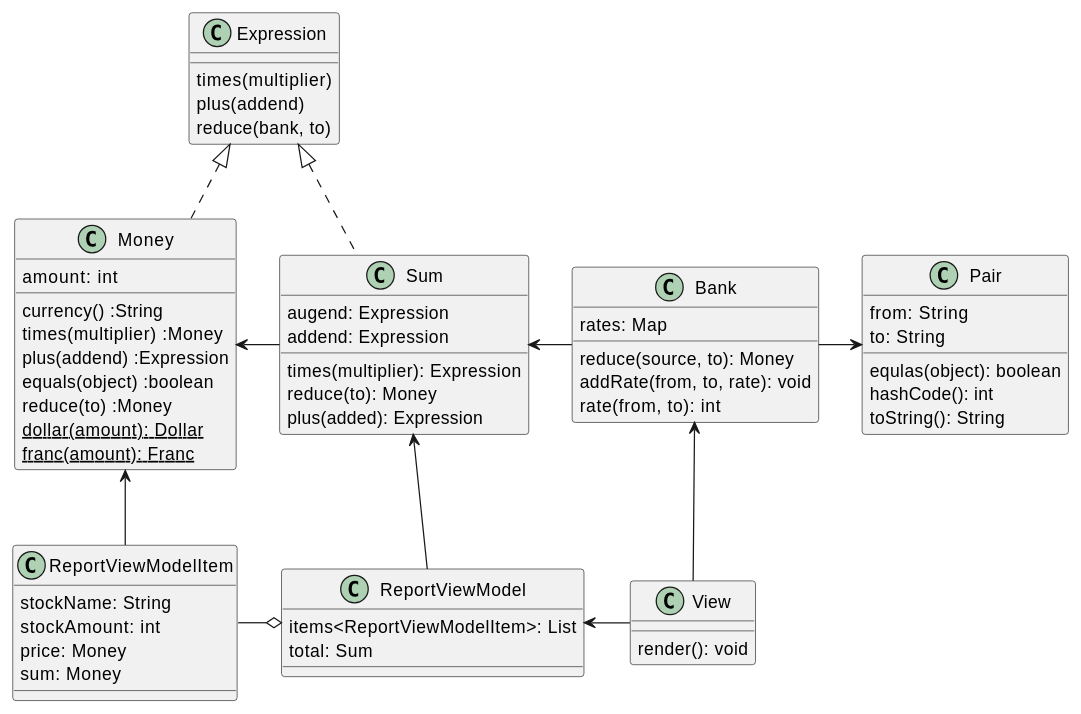
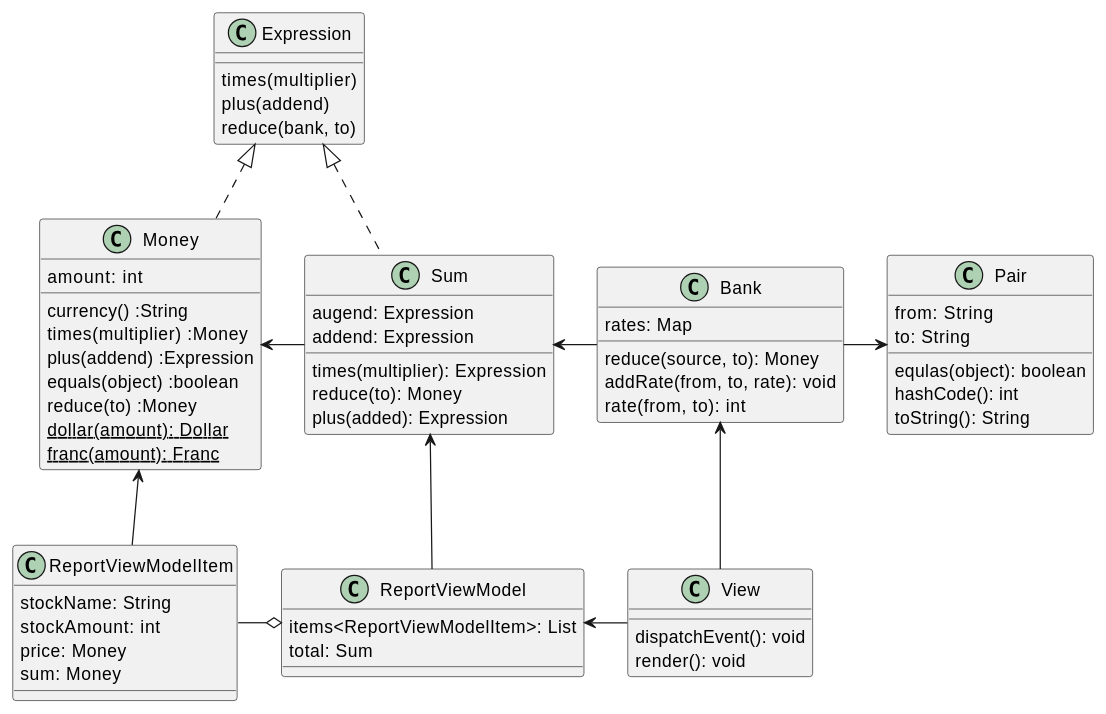
Before and after one commit to hiroshima-arc/pragmatic_programing: the diagram in docs/src/spec/the_money_example.adoc, drawn with PlantUML. The commit also changed other lines of this file and 5 other files, not shown here.

```diff
--- a/docs/src/spec/the_money_example.adoc
+++ b/docs/src/spec/the_money_example.adoc
@@ -60,61 +67,62 @@
 [plantuml]
 ----
 class Expression {
   times(multiplier)
   plus(addend)
   reduce(bank, to)
 }
 class Sum {
   augend: Expression
   addend: Expression
   times(multiplier): Expression
   reduce(to): Money
   plus(added): Expression
 }
 class Bank {
   rates: Map
   reduce(source, to): Money
   addRate(from, to, rate): void
   rate(from, to): int
 }
 class Pair {
   from: String
   to: String
   equlas(object): boolean
   hashCode(): int
   toString(): String
 }
 class Money {
   amount: int
   currency() :String
   times(multiplier) :Money
   plus(addend) :Expression
   equals(object) :boolean
   reduce(to) :Money
   {static} dollar(amount): Dollar
   {static} franc(amount): Franc
 }
 class ReportViewModel {
   items<ReportViewModelItem>: List
   total: Sum
 }
 class ReportViewModelItem {
   stockName: String
   stockAmount: int
   price: Money
   sum: Money
 }
 ReportViewModelItem -o ReportViewModel
 class View {
+  dispatchEvent(): void
   render(): void
 }
 Expression <|.. Money
 Expression <|.. Sum
 Money <- Sum
 Sum <- Bank
 Bank -> Pair
 Sum <-- ReportViewModel
 Money <-- ReportViewModelItem
 Bank <-- View
 ReportViewModel <- View
 ----
```
